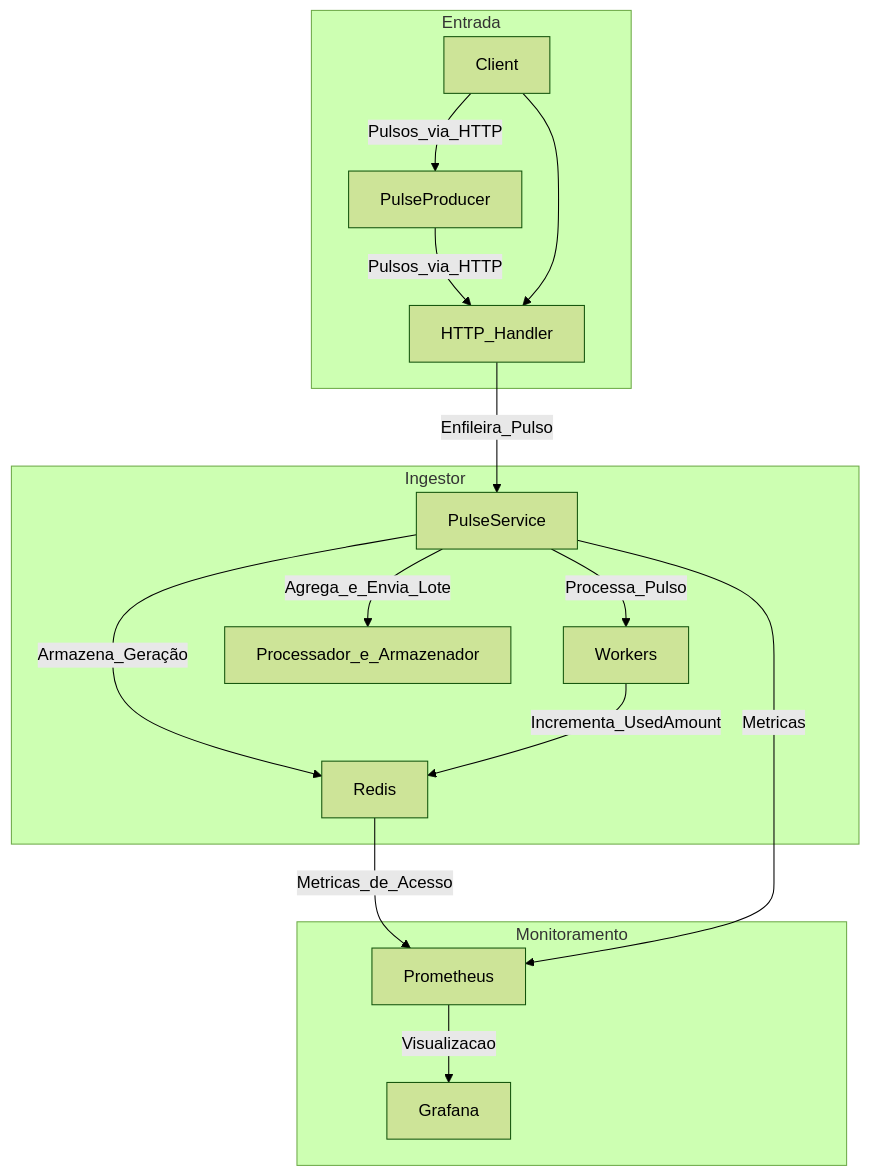
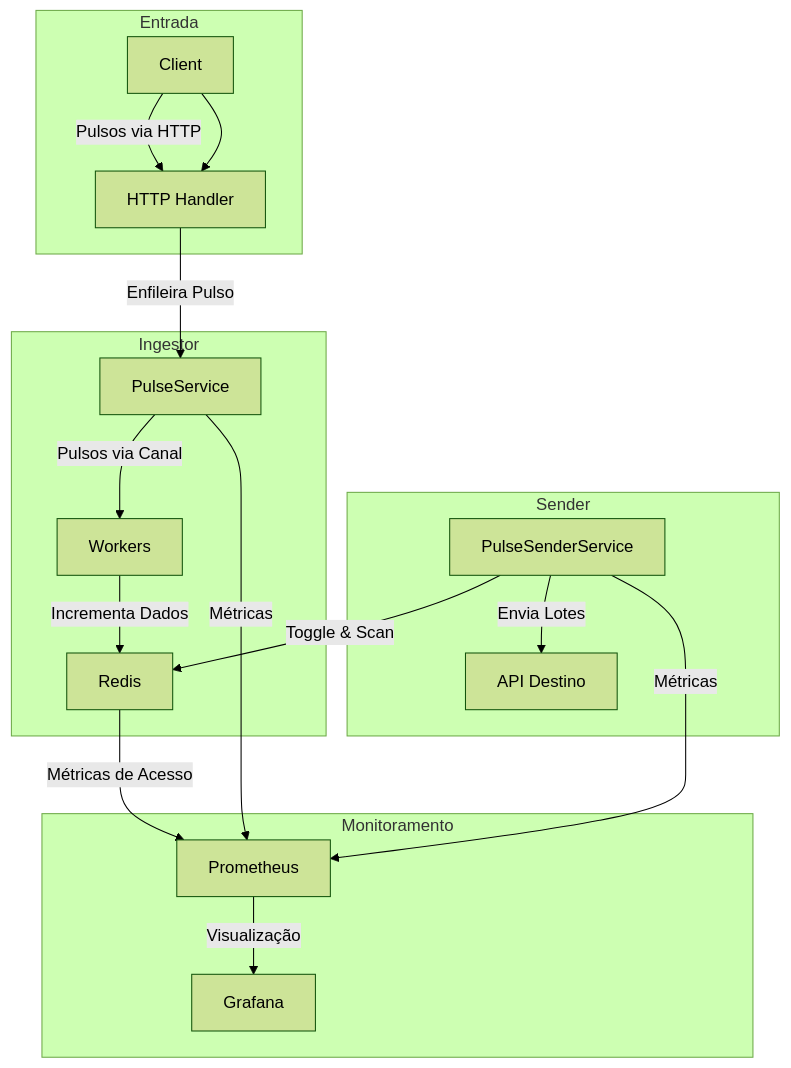
Before and after one commit to ThalysSilva/ingestor-consumo: the second of 4 diagrams in README.md, drawn with Mermaid (forest theme). The commit also changed other lines of this file, not shown here.

````diff
--- a/README.md
+++ b/README.md
@@ -224,23 +210,26 @@
 ```mermaid
 flowchart TD
     subgraph Entrada
-        A[Client] -->|Pulsos_via_HTTP| B[PulseProducer]
-        B -->|Pulsos_via_HTTP| C[HTTP_Handler]
+        A[Client] -->|Pulsos via HTTP| B[HTTP Handler]
     end
 
     subgraph Ingestor
-        C -->|Enfileira_Pulso| D[PulseService]
-        D -->|Armazena_Geração| E[Redis]
-        D -->|Processa_Pulso| F[Workers]
-        F -->|Incrementa_UsedAmount| E
-        D -->|Agrega_e_Envia_Lote| G[Processador_e_Armazenador]
+        B -->|Enfileira Pulso| C[PulseService]
+        C -->|Pulsos via Canal| D[Workers]
+        D -->|Incrementa Dados| E[Redis]
+    end
+
+    subgraph Sender
+        F[PulseSenderService] -->|Toggle & Scan| E
+        F -->|Envia Lotes| G[API Destino]
     end
 
     subgraph Monitoramento
-        E -->|Metricas_de_Acesso| H[Prometheus]
-        D -->|Metricas| H
-        H -->|Visualizacao| I[Grafana]
+        E -->|Métricas de Acesso| H[Prometheus]
+        C -->|Métricas| H
+        F -->|Métricas| H
+        H -->|Visualização| I[Grafana]
     end
 
-    A --> C
+    A --> B
 ```
````
